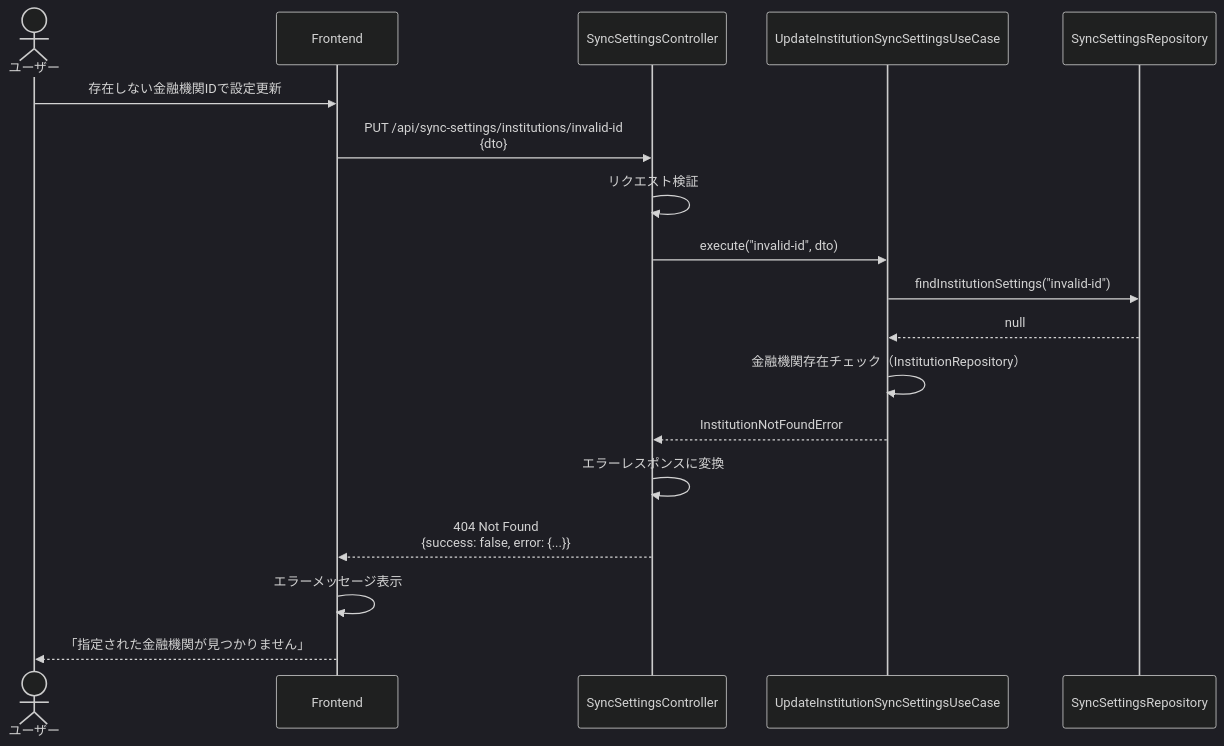
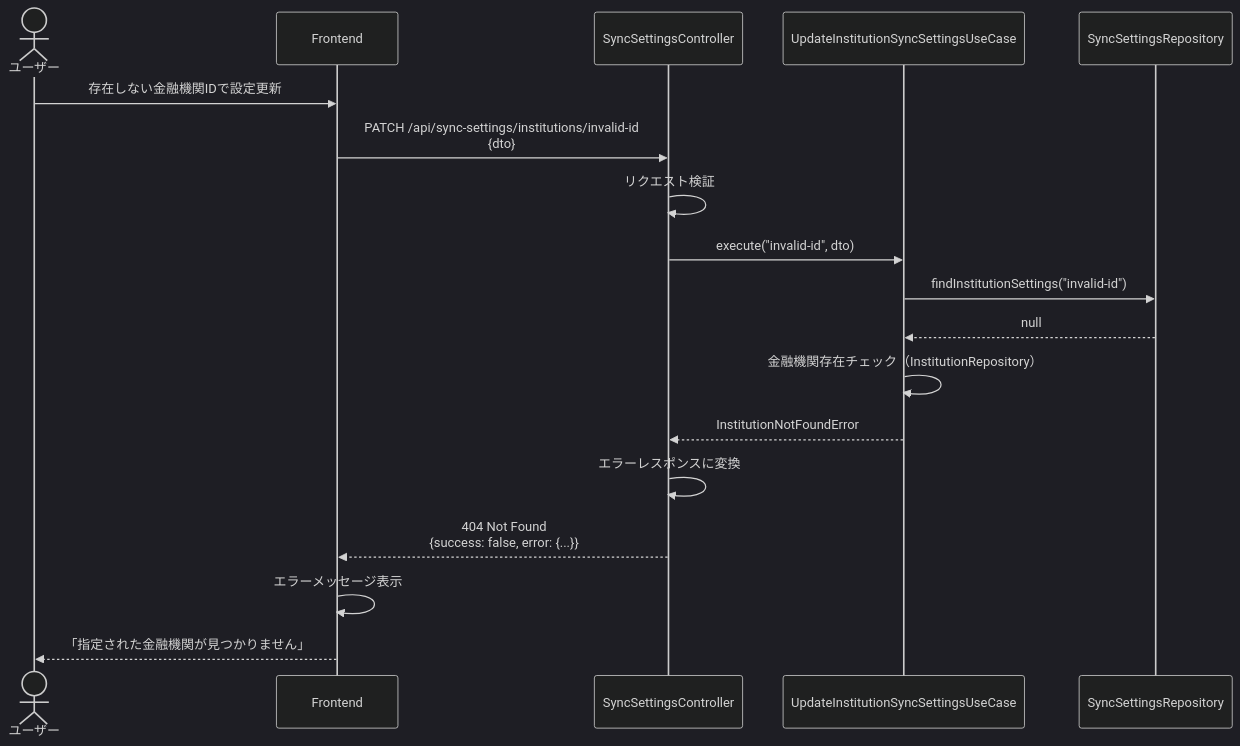
Before and after one commit to kencom2400/account-book: the sixth of 7 diagrams in docs/detailed-design/FR-030_sync-settings/sequence-diagrams.md, drawn with Mermaid (dark theme). The commit also changed other lines of this file and 1 other file, not shown here.

First line of the commit message:
fix: sequence-diagrams.mdの残りのPUTをPATCHに修正、README.mdのアーキテクチャ図を修正

````diff
--- a/docs/detailed-design/FR-030_sync-settings/sequence-diagrams.md
+++ b/docs/detailed-design/FR-030_sync-settings/sequence-diagrams.md
@@ -372,25 +372,25 @@
 ```mermaid
 sequenceDiagram
     actor User as ユーザー
     participant FE as Frontend
     participant API as SyncSettingsController
     participant UC as UpdateInstitutionSyncSettingsUseCase
     participant Repo as SyncSettingsRepository
 
     User->>FE: 存在しない金融機関IDで設定更新
-    FE->>API: PUT /api/sync-settings/institutions/invalid-id<br/>{dto}
+    FE->>API: PATCH /api/sync-settings/institutions/invalid-id<br/>{dto}
 
     API->>API: リクエスト検証
     API->>UC: execute("invalid-id", dto)
 
     UC->>Repo: findInstitutionSettings("invalid-id")
     Repo-->>UC: null
 
     UC->>UC: 金融機関存在チェック（InstitutionRepository）
     UC-->>API: InstitutionNotFoundError
 
     API->>API: エラーレスポンスに変換
     API-->>FE: 404 Not Found<br/>{success: false, error: {...}}
     FE->>FE: エラーメッセージ表示
     FE-->>User: 「指定された金融機関が見つかりません」
 ```
````
